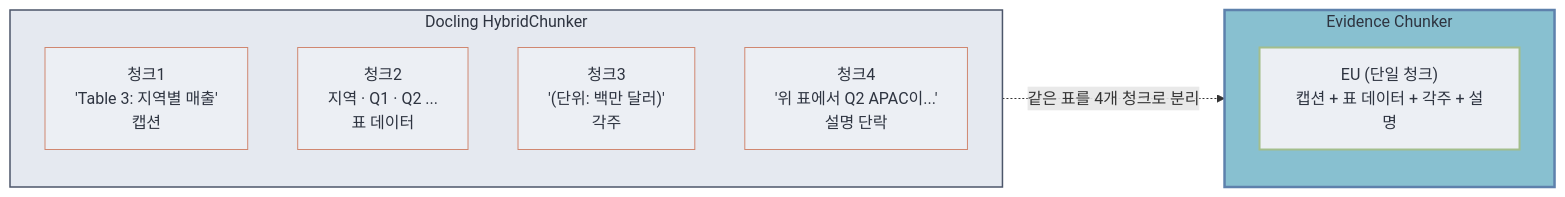
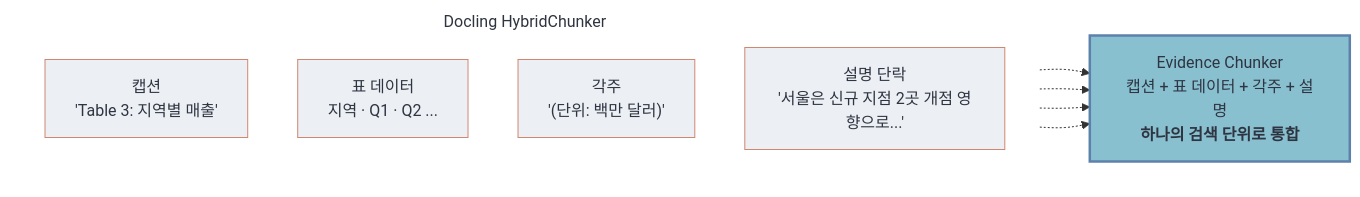
One commit to osscontest/docling-evidence-chunker changed the first of 2 diagrams in README.md. Above: the diagram before and after it, drawn with Mermaid. The commit also changed other lines of this file, not shown here.

Commit message:
docs: README.md 수정

````diff
--- a/README.md
+++ b/README.md
@@ -36,22 +38,23 @@
 ```mermaid
 flowchart LR
     subgraph HC["Docling HybridChunker"]
         direction TB
-        C1["청크1<br/>'Table 3: 지역별 매출'<br/> 캡션"]
-        C2["청크2<br/>지역 · Q1 · Q2 ...<br/> 표 데이터"]
-        C3["청크3<br/>'(단위: 백만 달러)'<br/> 각주"]
-        C4["청크4<br/>'위 표에서 Q2 APAC이...'<br/> 설명 단락"]
+        C1["캡션<br/>'Table 3: 지역별 매출'"]
+        C2["표 데이터<br/>지역 · Q1 · Q2 ..."]
+        C3["각주<br/>'(단위: 백만 달러)'"]
+        C4["설명 단락<br/>'서울은 신규 지점 2곳 개점 영향으로...'"]
     end
-    subgraph EC["Evidence Chunker"]
-        EU["EU (단일 청크)<br/>캡션 + 표 데이터 + 각주 + 설명"]
-    end
-    HC -.같은 표를 4개 청크로 분리.-> EC
+    EU["Evidence Chunker<br/>캡션 + 표 데이터 + 각주 + 설명<br/><b>하나의 검색 단위로 통합</b>"]
 
-    style HC fill:#E5E9F0,stroke:#4C566A,stroke-width:1.5px,color:#2E3440
-    style EC fill:#88C0D0,stroke:#5E81AC,stroke-width:2.5px,color:#2E3440
+    C1 -.-> EU
+    C2 -.-> EU
+    C3 -.-> EU
+    C4 -.-> EU
+
+    style HC fill:transparent,stroke:transparent,stroke-width:1.5px,color:#2E3440
     style C1 fill:#ECEFF4,stroke:#D08770,stroke-width:1px,color:#2E3440
     style C2 fill:#ECEFF4,stroke:#D08770,stroke-width:1px,color:#2E3440
     style C3 fill:#ECEFF4,stroke:#D08770,stroke-width:1px,color:#2E3440
     style C4 fill:#ECEFF4,stroke:#D08770,stroke-width:1px,color:#2E3440
-    style EU fill:#ECEFF4,stroke:#A3BE8C,stroke-width:2px,color:#2E3440
+    style EU fill:#88C0D0,stroke:#5E81AC,stroke-width:2.5px,color:#2E3440
 ```
````
